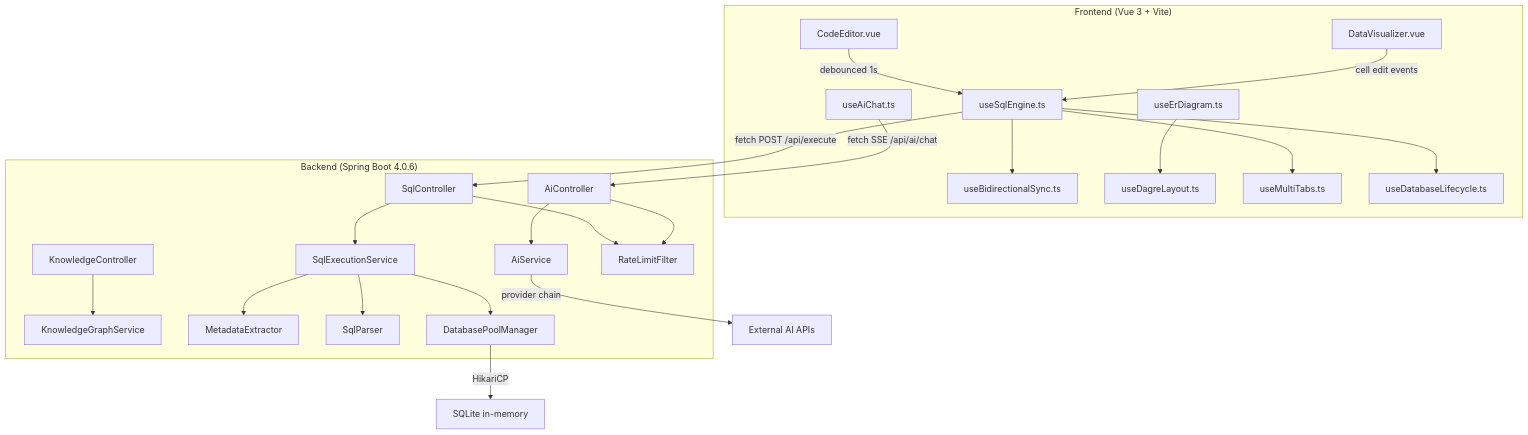
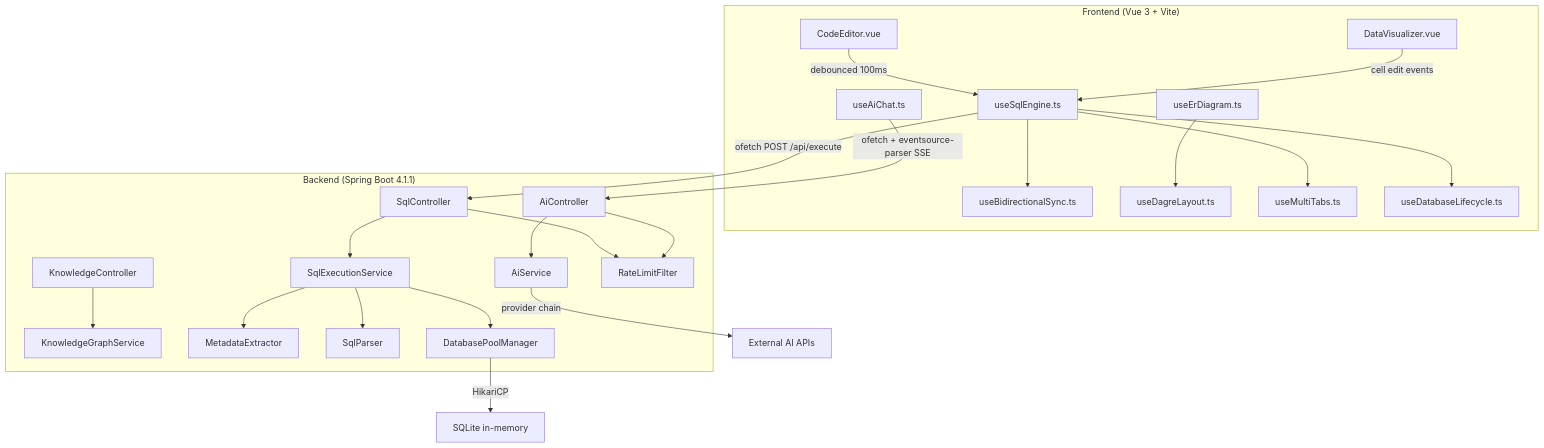
Before and after one commit to douziovo/sqlive: the diagram in docs/ARCHITECTURE.md, drawn with Mermaid. The commit also changed other lines of this file and 9 other files, not shown here.

````diff
--- a/docs/ARCHITECTURE.md
+++ b/docs/ARCHITECTURE.md
@@ -10,48 +11,48 @@
 ```mermaid
 graph TD
     subgraph Frontend["Frontend (Vue 3 + Vite)"]
         CE[CodeEditor.vue]
         DV[DataVisualizer.vue]
         USE[useSqlEngine.ts]
         UBS[useBidirectionalSync.ts]
         UAI[useAiChat.ts]
         UER[useErDiagram.ts]
         UDL[useDagreLayout.ts]
         UMT[useMultiTabs.ts]
         UDLife[useDatabaseLifecycle.ts]
     end
 
-    subgraph Backend["Backend (Spring Boot 4.0.6)"]
+    subgraph Backend["Backend (Spring Boot 4.1.1)"]
         SC[SqlController]
         AC[AiController]
         KC[KnowledgeController]
         SES[SqlExecutionService]
         AS[AiService]
         KGS[KnowledgeGraphService]
         ME[MetadataExtractor]
         SP[SqlParser]
         DPM[DatabasePoolManager]
         RLP[RateLimitFilter]
     end
 
-    CE -->|debounced 1s| USE
+    CE -->|debounced 100ms| USE
     DV -->|cell edit events| USE
     USE --> UBS
     USE --> UDLife
     USE --> UMT
-    USE -->|fetch POST /api/execute| SC
-    UAI -->|fetch SSE /api/ai/chat| AC
+    USE -->|ofetch POST /api/execute| SC
+    UAI -->|ofetch + eventsource-parser SSE| AC
     UER --> UDL
 
     SC --> SES
     SES --> SP
     SES --> ME
     SES --> DPM
     AC --> AS
     AS -->|provider chain| EXT[External AI APIs]
     KC --> KGS
 
     DPM -->|HikariCP| SQLite[SQLite in-memory]
     SC --> RLP
     AC --> RLP
 ```
````
